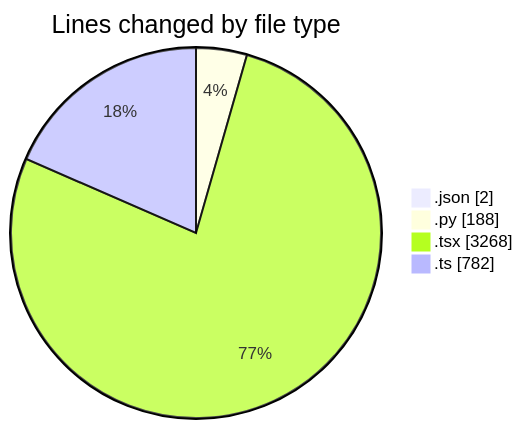
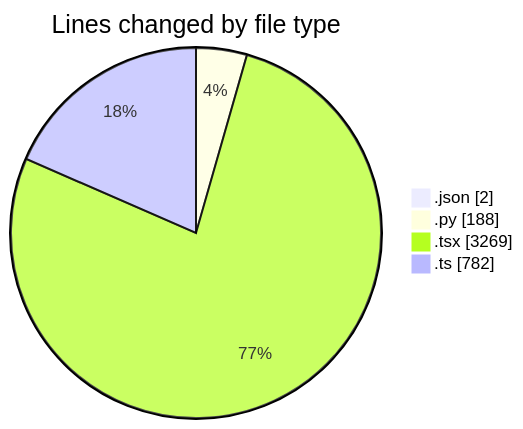
One commit to julien-gomy/code-tracking changed the first of 2 diagrams in 2025-10-06/eventscop-frontend-guide__workspace_/README.md. Above: the diagram before and after it, drawn with Mermaid. The commit also changed other lines of this file and 1 other file, not shown here.

````diff
--- a/2025-10-06/eventscop-frontend-guide__workspace_/README.md
+++ b/2025-10-06/eventscop-frontend-guide__workspace_/README.md
@@ -47,8 +47,8 @@
 ```mermaid
 pie showData
 title Lines changed by file type
 ".json" : 2
 ".py" : 188
-".tsx" : 3268
+".tsx" : 3269
 ".ts" : 782
 ```
````
